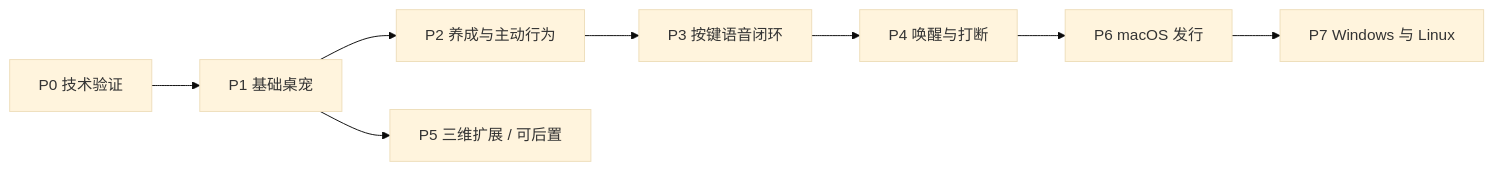
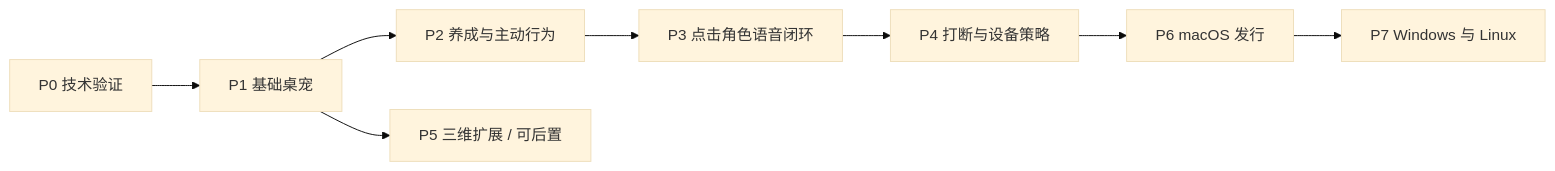
One commit to Abandon-ht/DesktopPet changed the diagram in docs/05-roadmap.md. Above: the diagram before and after it, drawn with Mermaid (base theme). The commit also changed other lines of this file and 21 other files, not shown here.

````diff
--- a/docs/05-roadmap.md
+++ b/docs/05-roadmap.md
@@ -9,10 +9,10 @@
 ```mermaid
 flowchart LR
   P0[P0 技术验证] --> P1[P1 基础桌宠]
   P1 --> P2[P2 养成与主动行为]
-  P2 --> P3[P3 按键语音闭环]
-  P3 --> P4[P4 唤醒与打断]
+  P2 --> P3[P3 点击角色语音闭环]
+  P3 --> P4[P4 打断与设备策略]
   P4 --> P6[P6 macOS 发行]
   P1 --> P5[P5 三维扩展 / 可后置]
   P6 --> P7[P7 Windows 与 Linux]
 ```
````
